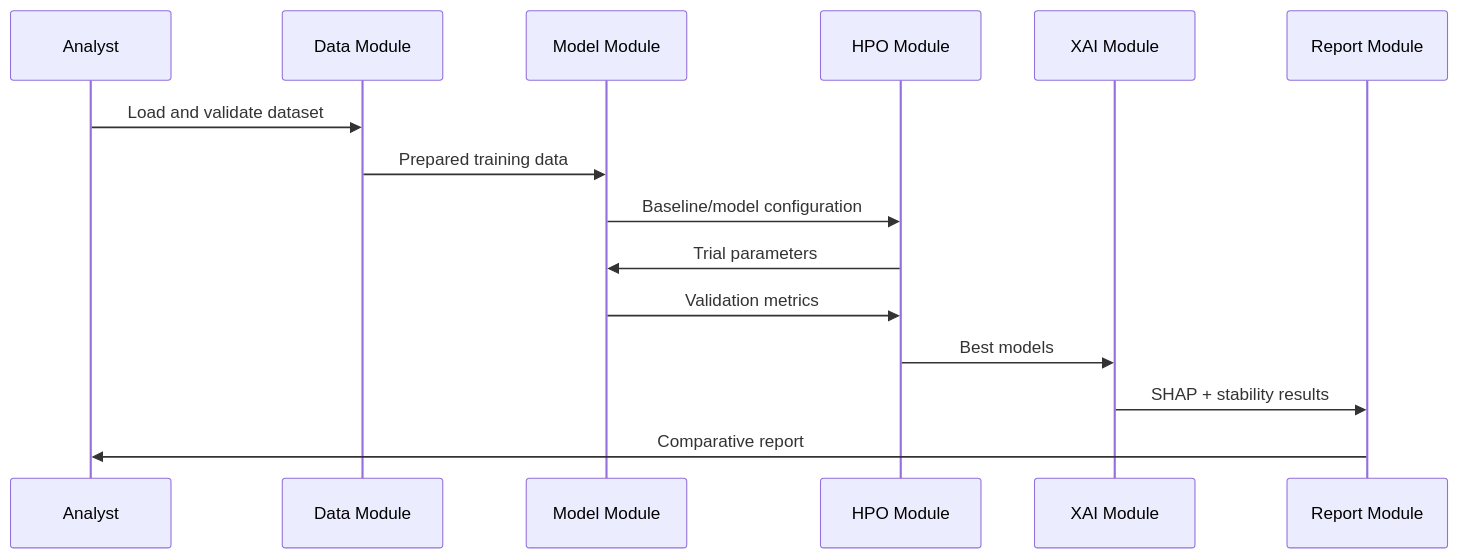
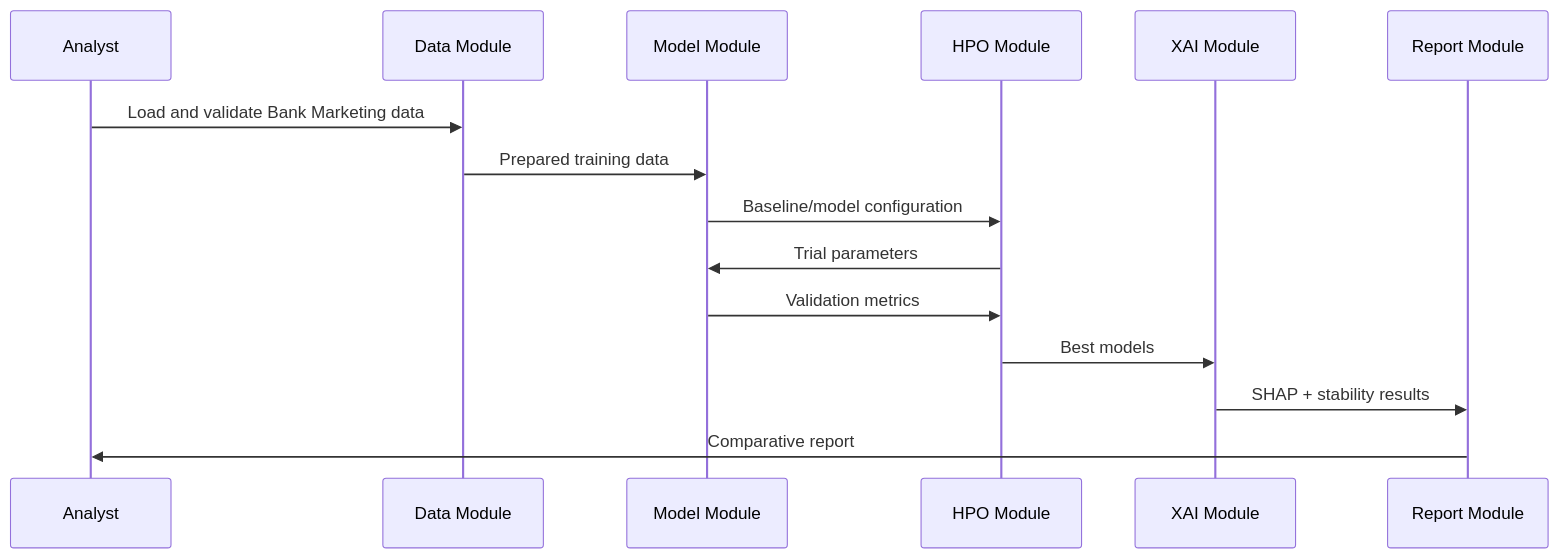
The third of 3 diagrams in docs/SEPM/07_UML_Diagrams.md (harshkhamkar26/Hyperparameter-Optimization-XAI), drawn with Mermaid before and after one commit. The commit also changed other lines of this file, not shown here.

Commit message:
Update UML diagrams to Bank Marketing

````diff
--- a/docs/SEPM/07_UML_Diagrams.md
+++ b/docs/SEPM/07_UML_Diagrams.md
@@ -41,17 +43,17 @@
 ```mermaid
 sequenceDiagram
 participant A as Analyst
 participant D as Data Module
 participant M as Model Module
 participant O as HPO Module
 participant X as XAI Module
 participant R as Report Module
-A->>D: Load and validate dataset
+A->>D: Load and validate Bank Marketing data
 D->>M: Prepared training data
 M->>O: Baseline/model configuration
 O->>M: Trial parameters
 M->>O: Validation metrics
 O->>X: Best models
 X->>R: SHAP + stability results
 R->>A: Comparative report
 ```
````
